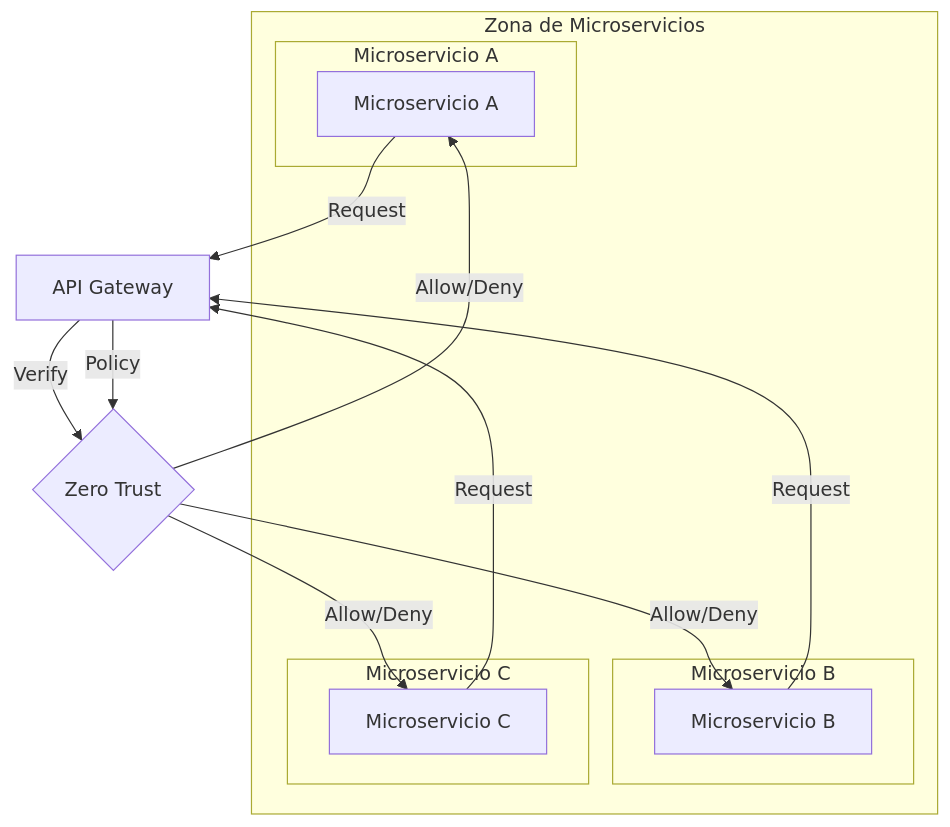
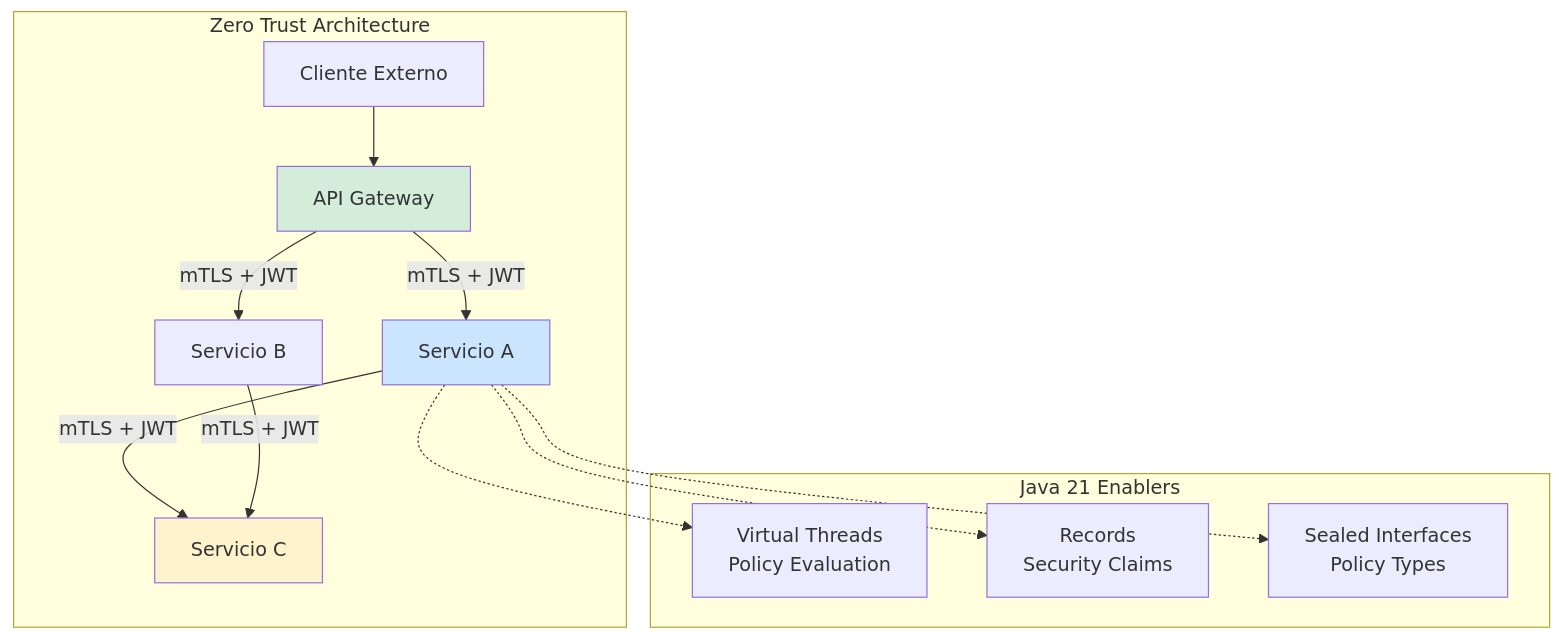
One commit to Joaquinriosheredia/DAM-Java-Mastery changed the first of 3 diagrams in _Review/zero_trust_aplicado_a_microservicios/zero_trust_aplicado_a_microservicios.md. Above: the diagram before and after it, drawn with Mermaid. The commit also changed other lines of this file, not shown here.

Commit message:
Zero Trust Aplicado a Microservicios

````diff
--- a/_Review/zero_trust_aplicado_a_microservicios/zero_trust_aplicado_a_microservicios.md
+++ b/_Review/zero_trust_aplicado_a_microservicios/zero_trust_aplicado_a_microservicios.md
@@ -54,28 +67,24 @@
 ```mermaid
 graph TD
-    subgraph "Zona de Microservicios"
-        subgraph "Microservicio A"
-            MS1[Microservicio A]
-        end
-        subgraph "Microservicio B"
-            MS2[Microservicio B]
-        end
-        subgraph "Microservicio C"
-            MS3[Microservicio C]
-        end
+    subgraph "Zero Trust Architecture"
+        CLIENT[Cliente Externo] --> GW[API Gateway]
+        GW -->|mTLS + JWT| SVC1[Servicio A]
+        GW -->|mTLS + JWT| SVC2[Servicio B]
+        SVC1 -->|mTLS + JWT| SVC3[Servicio C]
+        SVC2 -->|mTLS + JWT| SVC3
     end
-
-    ZT{Zero Trust}
-    Gateway[API Gateway]
-
-    MS1 -->|Request| Gateway
-    MS2 -->|Request| Gateway
-    MS3 -->|Request| Gateway
-
-    Gateway -->|Verify| ZT
-    Gateway -->|Policy| ZT
-
-    ZT -->|Allow/Deny| MS1
-    ZT -->|Allow/Deny| MS2
-    ZT -->|Allow/Deny| MS3
+    
+    subgraph "Java 21 Enablers"
+        VT[Virtual Threads<br/>Policy Evaluation]
+        REC[Records<br/>Security Claims]
+        SEALED[Sealed Interfaces<br/>Policy Types]
+    end
+    
+    SVC1 -.-> VT
+    SVC1 -.-> REC
+    SVC1 -.-> SEALED
+    
+    style GW fill:#d4edda
+    style SVC1 fill:#cce5ff
+    style SVC3 fill:#fff3cd
 ```
````
